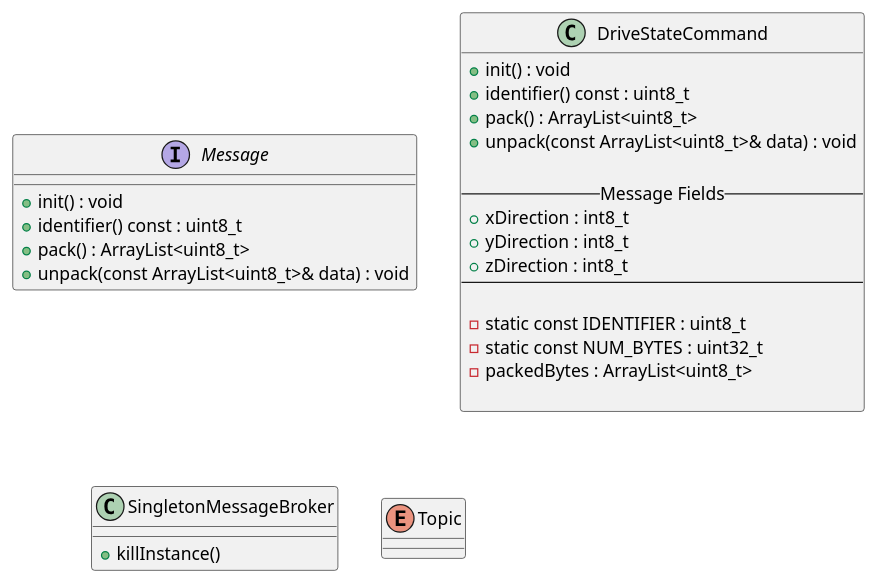
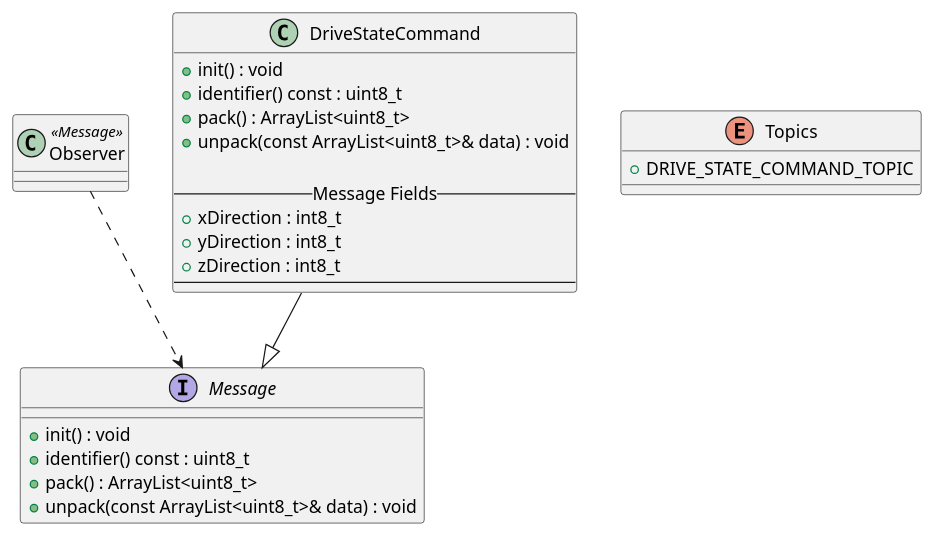
Before and after one commit to The-Arkitekt/the-robot: the diagram in design/messaging-classes.puml, drawn with PlantUML. The commit also changed 24 other files, not shown here.

```diff
--- a/design/messaging-classes.puml
+++ b/design/messaging-classes.puml
@@ -1,43 +1,35 @@
 @startuml
+
+class Observer <<Message>>
 
 interface Message
 {
   + init() : void
   + identifier() const : uint8_t
   + pack() : ArrayList<uint8_t>
   + unpack(const ArrayList<uint8_t>& data) : void
 }
 
 class DriveStateCommand
 {
   + init() : void
   + identifier() const : uint8_t
   + pack() : ArrayList<uint8_t>
   + unpack(const ArrayList<uint8_t>& data) : void
 
   -- Message Fields --
   + xDirection : int8_t
   + yDirection : int8_t
   + zDirection : int8_t
   --
-
-  - static const IDENTIFIER : uint8_t 
-  - static const NUM_BYTES : uint32_t
-  - packedBytes : ArrayList<uint8_t>
-
 }
 
-class SingletonMessageBroker
+enum Topics
 {
-  + killInstance() 
-
+  + DRIVE_STATE_COMMAND_TOPIC
 }
 
-enum Topic
-{
-
-}
-
-
+Observer ..> Message
+DriveStateCommand --|> Message
 
 @enduml
```
